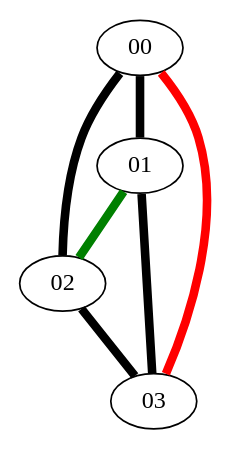
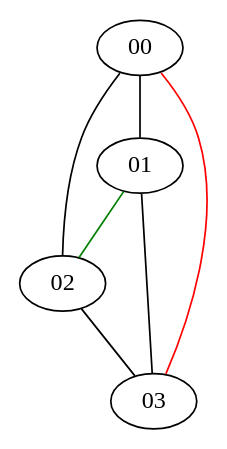
Before and after one commit to kenkangxgwe/dr-plan-solver-mirror: the diagram in examples/diamond.dot, drawn with Graphviz. The commit also changed 9 other files, not shown here.

Commit message:
Add: Example Graphs

```diff
--- a/examples/diamond.dot
+++ b/examples/diamond.dot
@@ -1,12 +1,12 @@
 graph G {
   00 [label="00", width=0, height=0; pos="100, 0!"];
   01 [label="01", width=0, height=0; pos="0, 173!"];
   02 [label="02", width=0, height=0; pos="-100, 0!"];
   03 [label="03", width=0, height=0; pos="-300, 0!"];
-  00--01 [color="black", penwidth=5];
-  00--02 [color="black", penwidth=5];
-  01--02 [color="green", penwidth=5];
-  01--03 [color="black", penwidth=5];
-  02--03 [color="black", penwidth=5];
-  00--03 [color="red", penwidth=5];
+  00--01 [color="black", penwidth=1];
+  00--02 [color="black", penwidth=1];
+  01--02 [color="green", penwidth=1];
+  01--03 [color="black", penwidth=1];
+  02--03 [color="black", penwidth=1];
+  00--03 [color="red", penwidth=1];
 }
```
